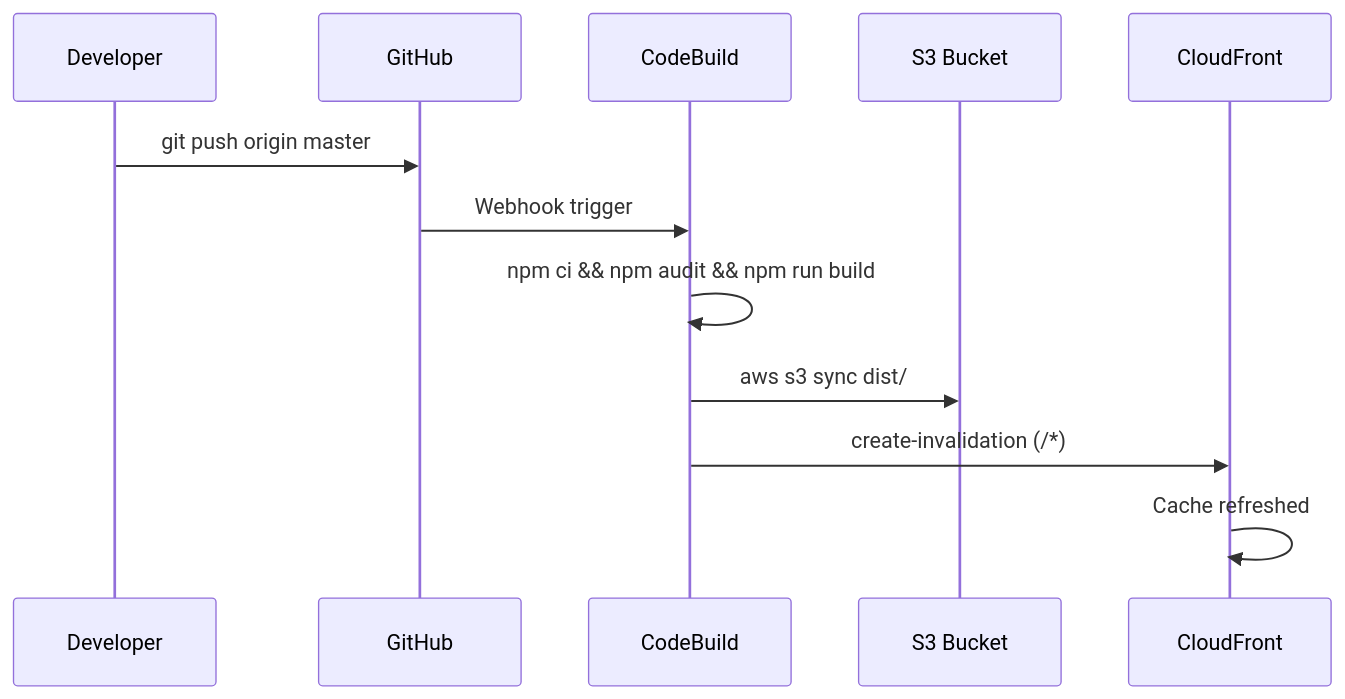
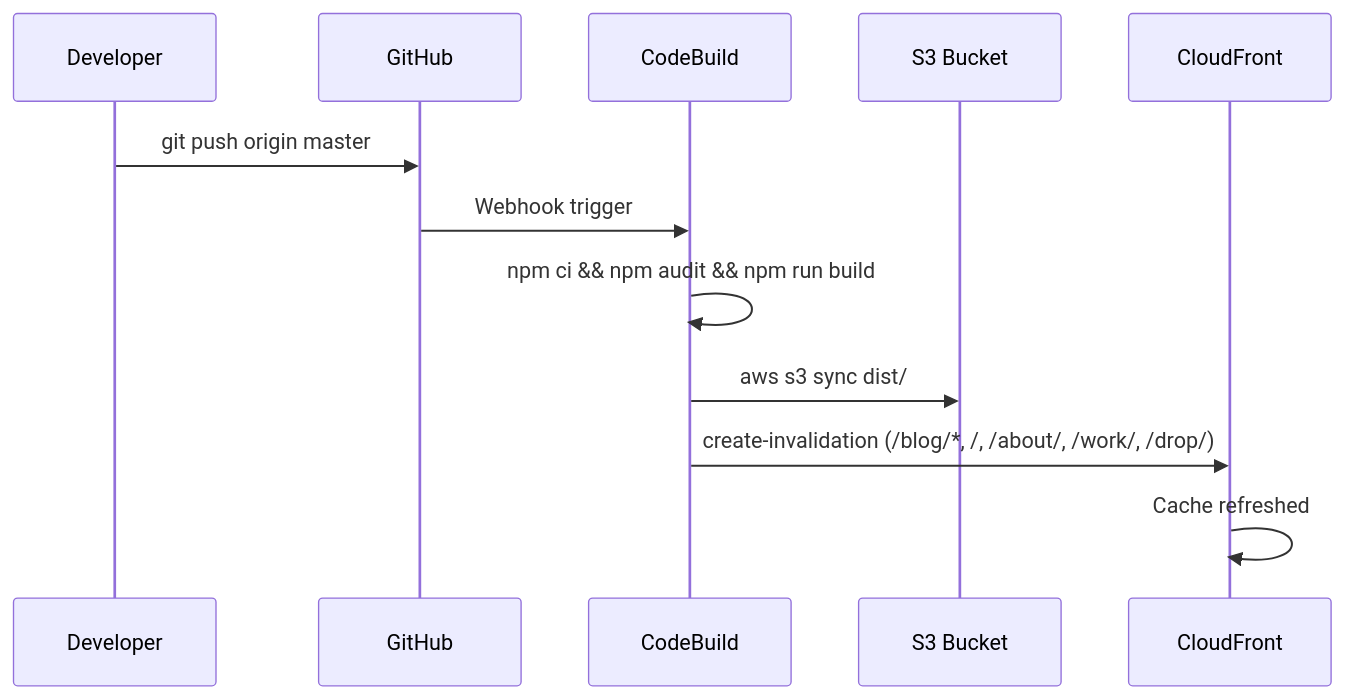
The third of 4 diagrams in README.md (kzaky/khaledzaky.com), drawn with Mermaid before and after one commit. The commit also changed other lines of this file and 2 other files, not shown here.

````diff
--- a/README.md
+++ b/README.md
@@ -158,15 +158,15 @@
 ```mermaid
 sequenceDiagram
     participant Dev as Developer
     participant GH as GitHub
     participant CB as CodeBuild
     participant S3 as S3 Bucket
     participant CF as CloudFront
 
     Dev->>GH: git push origin master
     GH->>CB: Webhook trigger
     CB->>CB: npm ci && npm audit && npm run build
     CB->>S3: aws s3 sync dist/
-    CB->>CF: create-invalidation (/*)
+    CB->>CF: create-invalidation (/blog/*, /, /about/, /work/, /drop/)
     CF->>CF: Cache refreshed
 ```
````
